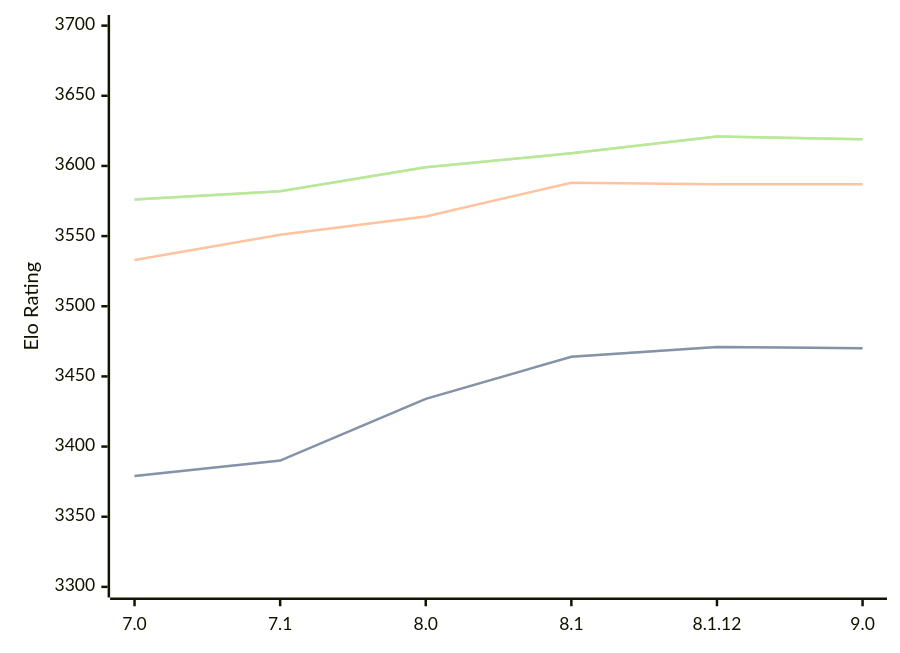
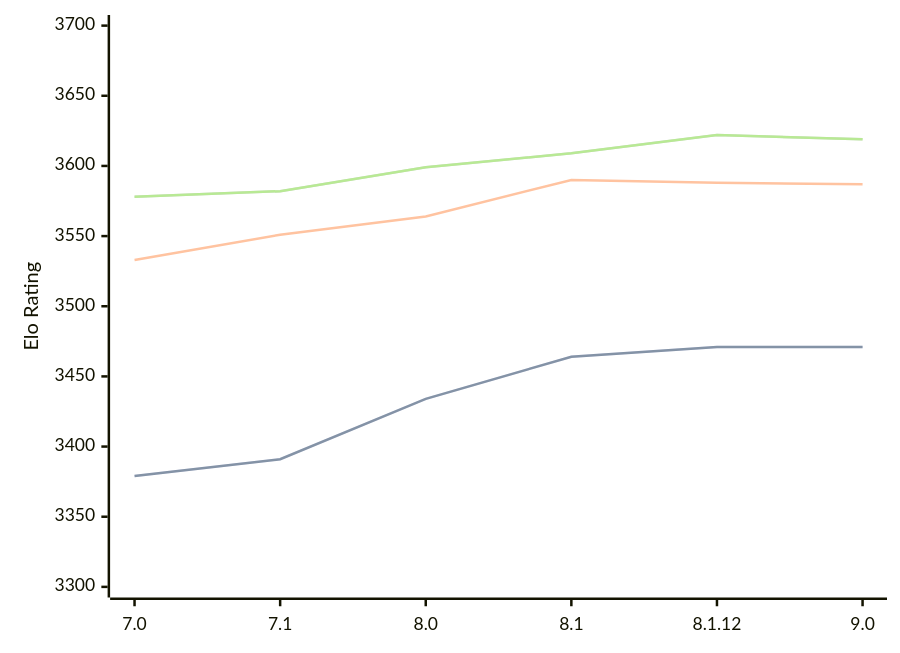
Before and after one commit to computer-chess-index/cci: the diagram in engines/Alexandria.md, drawn with Mermaid. The commit also changed other lines of this file, not shown here.

Commit message:
Update CCI Ratings (ELO VLTC) - 2026-05-03

````diff
--- a/engines/Alexandria.md
+++ b/engines/Alexandria.md
@@ -55,11 +55,11 @@
 ```mermaid
 %%{init: {"theme":"base","themeVariables":{"seriesColors:['#a3a3a3','#222221','#faa371']}}}%%
 xychart-beta
   x-axis ["7.0", "7.1", "8.0", "8.1", "8.1.12", "9.0"]
   y-axis "Elo Rating" 3300 --> 3700
-  line "STC (8.0+0.08s)" [3379, 3390, 3434, 3464, 3471, 3470]
-  line "STC (8.0+0.08s)" [3379, 3390, 3434, 3464, 3471, 3470]
-  line "LTC (60.0+0.60s)" [3533, 3551, 3564, 3588, 3587, 3587]
-  line "VLTC (2m24s+1.12s)" [3576, 3582, 3599, 3609, 3621, 3619]
-  line "VLTC (2m24s+1.12s)" [3576, 3582, 3599, 3609, 3621, 3619]
+  line "STC (8.0+0.08s)" [3379, 3391, 3434, 3464, 3471, 3471]
+  line "STC (8.0+0.08s)" [3379, 3391, 3434, 3464, 3471, 3471]
+  line "LTC (60.0+0.60s)" [3533, 3551, 3564, 3590, 3588, 3587]
+  line "VLTC (2m24s+1.12s)" [3578, 3582, 3599, 3609, 3622, 3619]
+  line "VLTC (2m24s+1.12s)" [3578, 3582, 3599, 3609, 3622, 3619]
 ```
````
